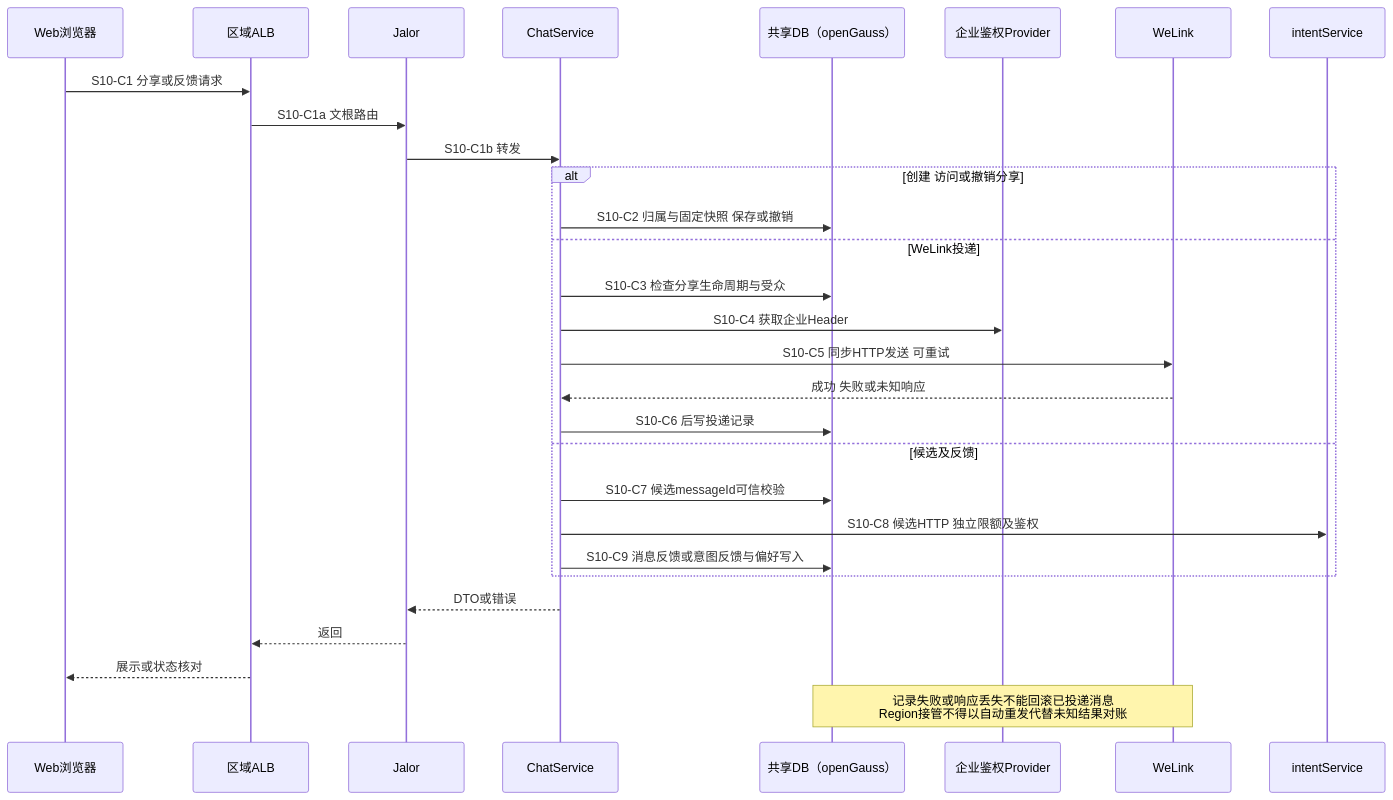
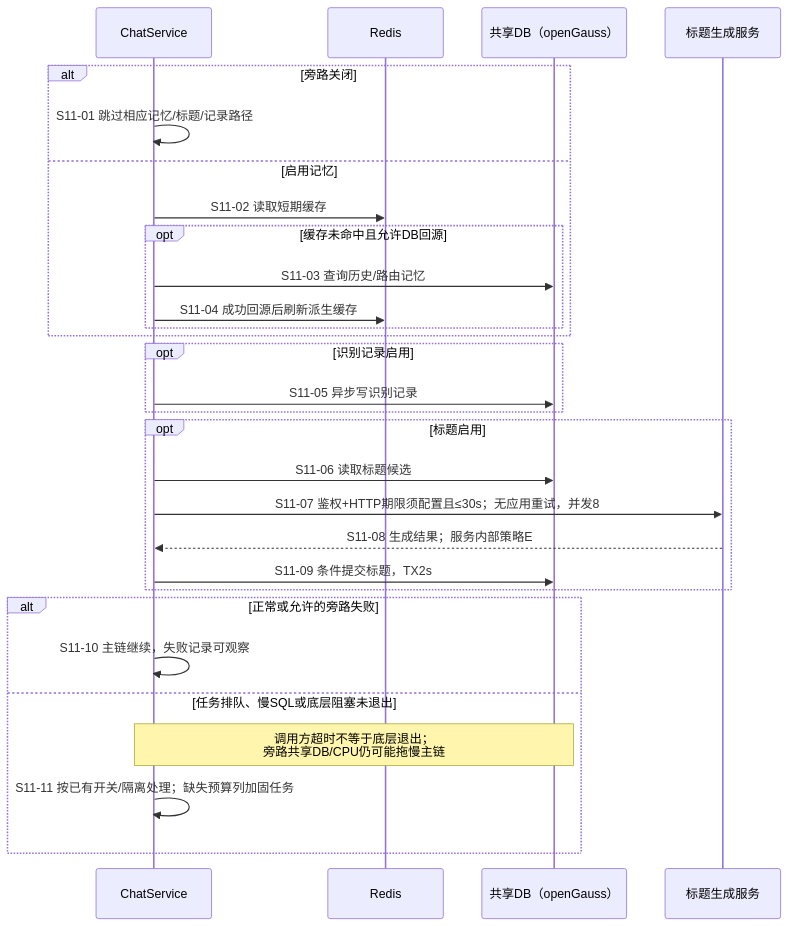
One commit to kunben-duck/exweb changed diagram 11 of 12 in docs/architecture/high-availability/scenarios.md. Above: the diagram before and after it, drawn with Mermaid. The commit also changed other lines of this file and 8 other files, not shown here.

````diff
--- a/docs/architecture/high-availability/scenarios.md
+++ b/docs/architecture/high-availability/scenarios.md
@@ -889,31 +511,31 @@
 ```mermaid
 sequenceDiagram
-    participant U as Web浏览器
-    participant L as 区域ALB
-    participant G as Jalor
-    participant C as ChatService
-    participant D as 共享DB（openGauss）
-    participant H as 企业鉴权Provider
-    participant W as WeLink
-    participant I as intentService
-    U->>L: S10-C1 分享或反馈请求
-    L->>G: S10-C1a 文根路由
-    G->>C: S10-C1b 转发
-    alt 创建 访问或撤销分享
-        C->>D: S10-C2 归属与固定快照 保存或撤销
-    else WeLink投递
-        C->>D: S10-C3 检查分享生命周期与受众
-        C->>H: S10-C4 获取企业Header
-        C->>W: S10-C5 同步HTTP发送 可重试
-        W-->>C: 成功 失败或未知响应
-        C->>D: S10-C6 后写投递记录
-    else 候选及反馈
-        C->>D: S10-C7 候选messageId可信校验
-        C->>I: S10-C8 候选HTTP 独立限额及鉴权
-        C->>D: S10-C9 消息反馈或意图反馈与偏好写入
+participant CHAT as ChatService
+    participant REDIS as Redis
+    participant DB as 共享DB（openGauss）
+    participant TTL as 标题生成服务
+    alt 旁路关闭
+        CHAT->>CHAT: S11-01 跳过相应记忆/标题/记录路径
+    else 启用记忆
+        CHAT->>REDIS: S11-02 读取短期缓存
+        opt 缓存未命中且允许DB回源
+            CHAT->>DB: S11-03 查询历史/路由记忆
+            CHAT->>REDIS: S11-04 成功回源后刷新派生缓存
+        end
     end
-    C-->>G: DTO或错误
-    G-->>L: 返回
-    L-->>U: 展示或状态核对
-    Note over D,W: 记录失败或响应丢失不能回滚已投递消息<br/>Region接管不得以自动重发代替未知结果对账
+    opt 识别记录启用
+        CHAT->>DB: S11-05 异步写识别记录
+    end
+    opt 标题启用
+        CHAT->>DB: S11-06 读取标题候选
+        CHAT->>TTL: S11-07 鉴权+HTTP期限须配置且≤30s；无应用重试，并发8
+        TTL-->>CHAT: S11-08 生成结果；服务内部策略E
+        CHAT->>DB: S11-09 条件提交标题，TX2s
+    end
+    alt 正常或允许的旁路失败
+        CHAT->>CHAT: S11-10 主链继续，失败记录可观察
+    else 任务排队、慢SQL或底层阻塞未退出
+        Note over CHAT,DB: 调用方超时不等于底层退出；<br/>旁路共享DB/CPU仍可能拖慢主链
+        CHAT->>CHAT: S11-11 按已有开关/隔离处理；缺失预算列加固任务
+    end
 ```
````
